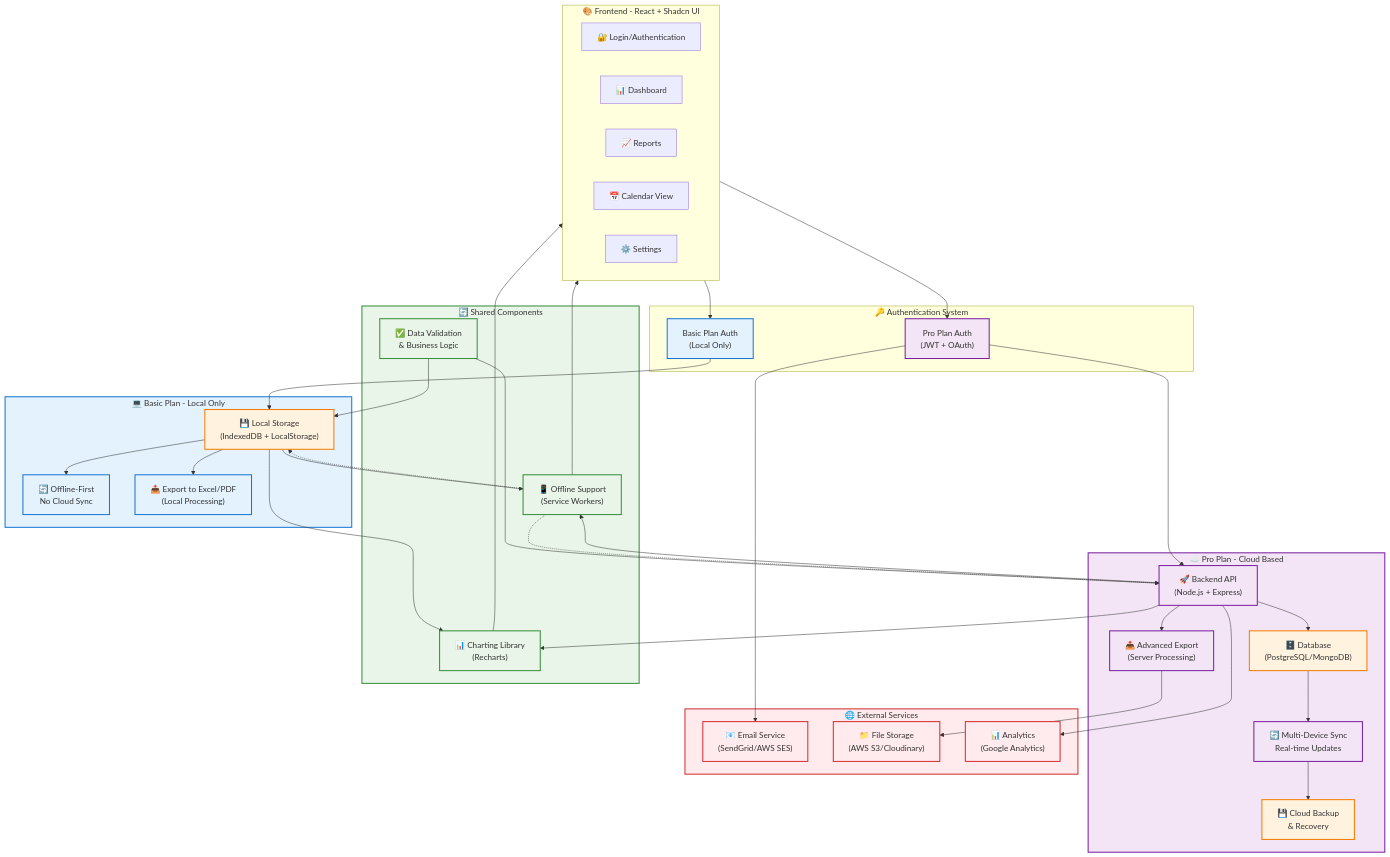
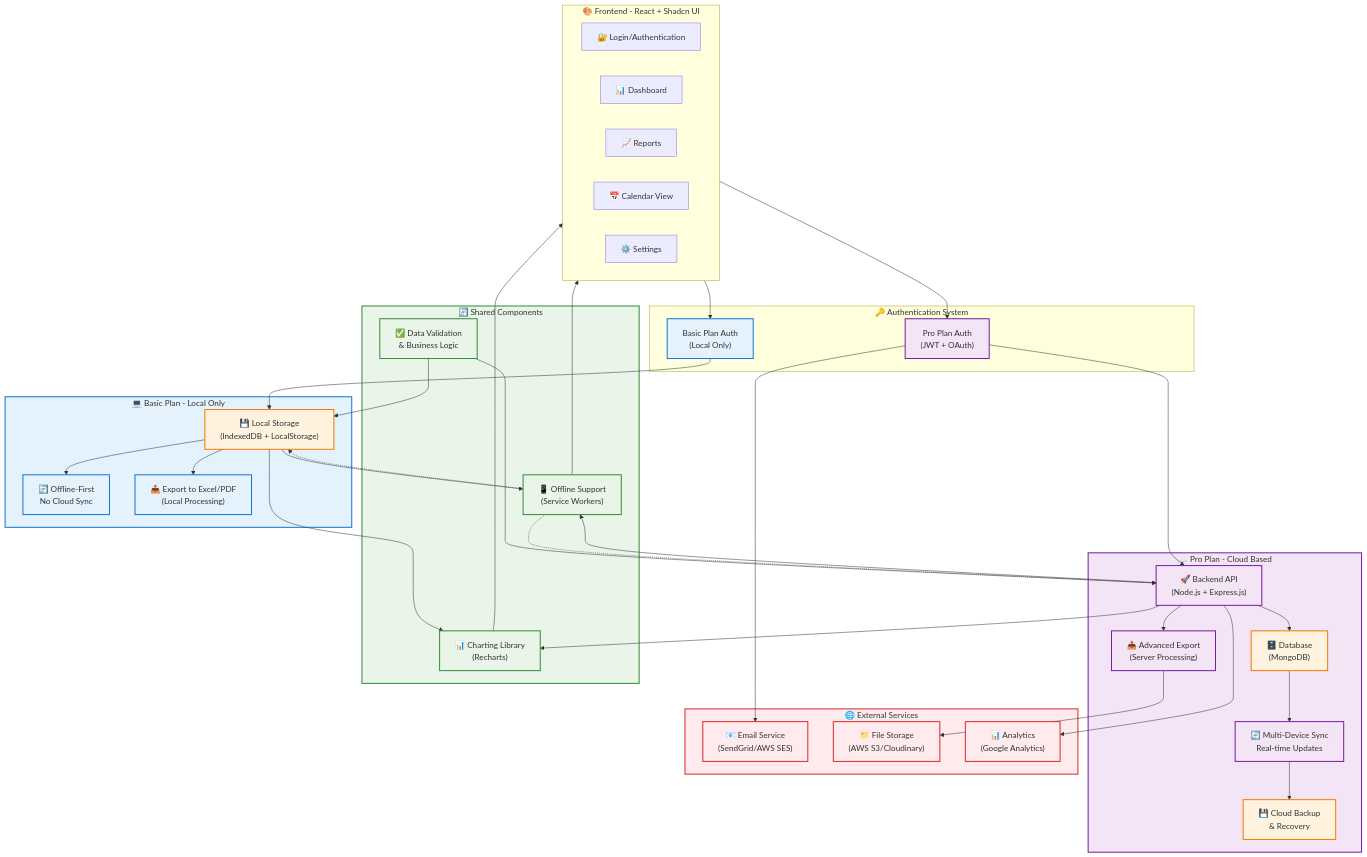
The diagram in bizlytic-architecture.md (Nixonthiyagesh/cursor-app), drawn with Mermaid before and after one commit. The commit also changed other lines of this file, not shown here.

Commit message:
Update tech stack details in architecture diagram and documentation

```diff
--- a/bizlytic-architecture.md
+++ b/bizlytic-architecture.md
@@ -38,8 +38,8 @@
 
     %% Pro Plan Components
     subgraph Pro ["☁️ Pro Plan - Cloud Based"]
-        ProAPI["🚀 Backend API<br/>(Node.js + Express)"]
-        ProDB["🗄️ Database<br/>(PostgreSQL/MongoDB)"]
+        ProAPI["🚀 Backend API<br/>(Node.js + Express.js)"]
+        ProDB["🗄️ Database<br/>(MongoDB)"]
         ProSync["🔄 Multi-Device Sync<br/>Real-time Updates"]
         ProBackup["💾 Cloud Backup<br/>& Recovery"]
         ProExport["📤 Advanced Export<br/>(Server Processing)"]
```
